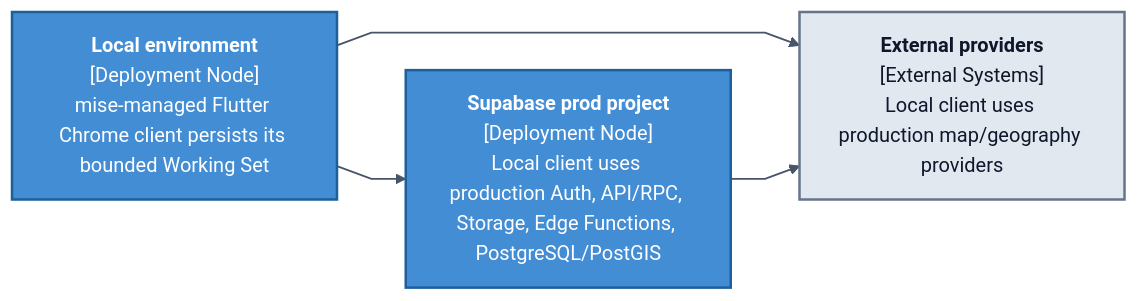
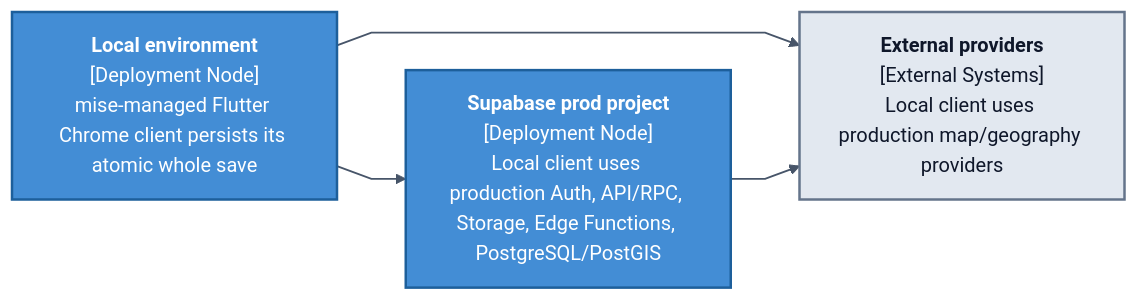
The diagram in docs/c4/12-deployment-local-runtime.mmd (JMLegere/geo-app), drawn with Mermaid before and after one commit. The commit also changed 46 other files, not shown here.

Commit message:
Migrate gameplay to validated local save checkpoints

```diff
--- a/docs/c4/12-deployment-local-runtime.mmd
+++ b/docs/c4/12-deployment-local-runtime.mmd
@@ -1,16 +1,16 @@
 %% GENERATED by scripts/generate_c4_diagrams.py — do not edit.
 %%{init: {'theme': 'base', 'themeVariables': {'background': '#ffffff', 'primaryTextColor': '#0f172a', 'lineColor': '#475569', 'fontFamily': 'Arial, sans-serif', 'edgeLabelBackground': '#ffffff', 'actorLineColor': '#64748b', 'signalColor': '#334155', 'labelBoxBorderColor': '#475569', 'labelTextColor': '#0f172a', 'loopLineColor': '#64748b', 'loopTextColor': '#0f172a'}, 'sequence': {'mirrorActors': false, 'diagramMarginX': 30, 'diagramMarginY': 20, 'actorMargin': 40, 'messageMargin': 35}, 'flowchart': {'curve': 'linear', 'nodeSpacing': 40, 'rankSpacing': 55}}}%%
 flowchart LR
-    local["<b>Local environment</b><br/>[Deployment Node]<br/>mise-managed Flutter Chrome client persists its bounded Working Set"]
+    local["<b>Local environment</b><br/>[Deployment Node]<br/>mise-managed Flutter Chrome client persists its atomic whole save"]
     supabase["<b>Supabase prod project</b><br/>[Deployment Node]<br/>Local client uses production Auth, API/RPC, Storage, Edge Functions, PostgreSQL/PostGIS"]
     providers["<b>External providers</b><br/>[External Systems]<br/>Local client uses production map/geography providers"]
 
     local --> supabase
     local --> providers
     supabase --> providers
 
     class local,supabase deployment
     class providers external
     classDef deployment fill:#438dd5,color:#ffffff,stroke:#1d5f9b,stroke-width:2px;
     classDef external fill:#e2e8f0,color:#0f172a,stroke:#64748b,stroke-width:2px;
     linkStyle default stroke:#475569,color:#0f172a,stroke-width:1.5px;
```
